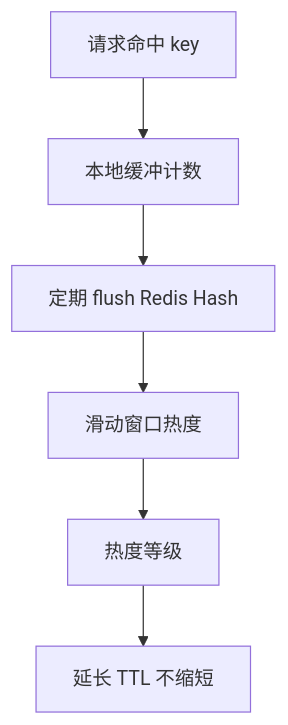
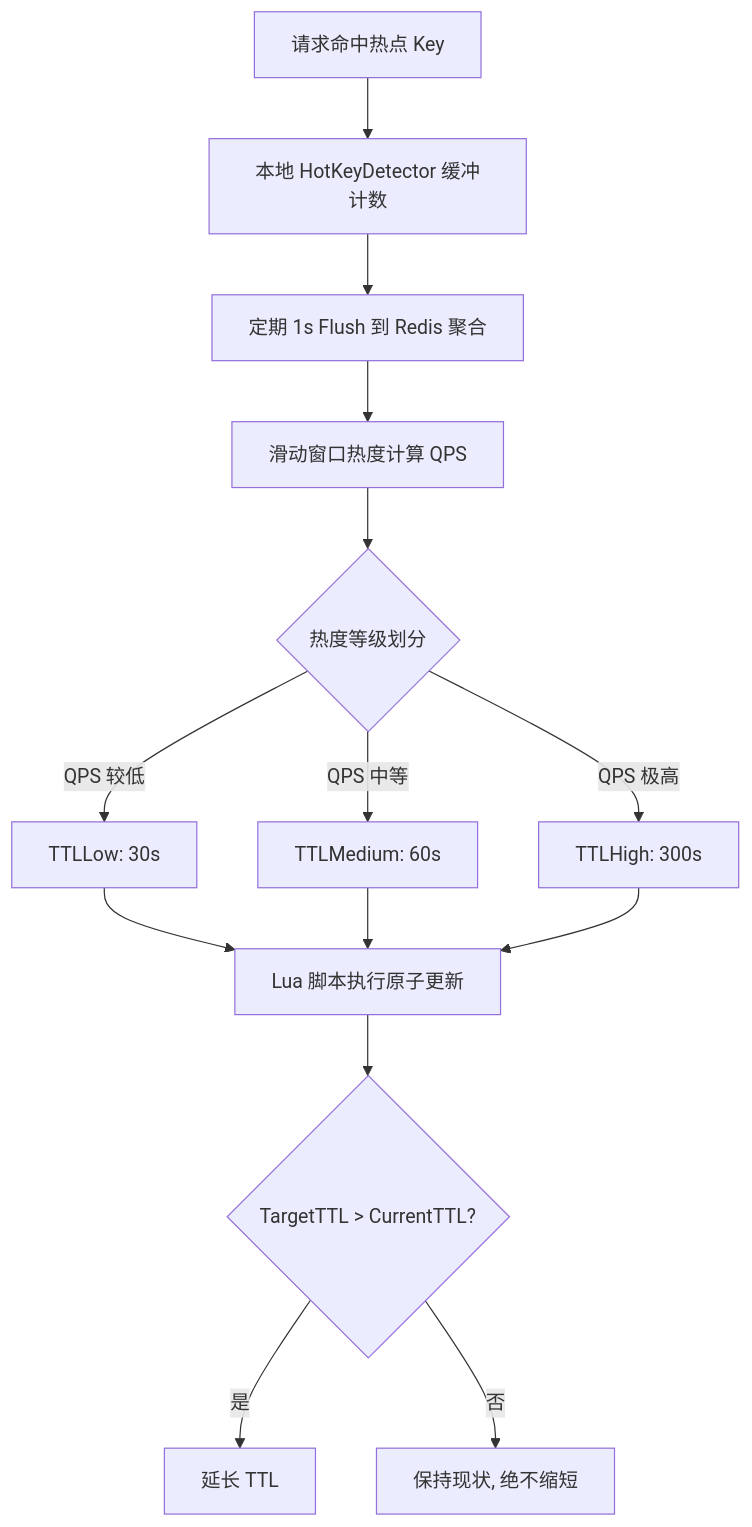
Before and after one commit to bitladykiller/zhiguang_go: the third of 13 diagrams in docs/modules/09-热点缓存与多级缓存策略.md, drawn with Mermaid. The commit also changed other lines of this file and 5 other files, not shown here.

````diff
--- a/docs/modules/09-热点缓存与多级缓存策略.md
+++ b/docs/modules/09-热点缓存与多级缓存策略.md
@@ -84,8 +77,14 @@
 ```mermaid
 flowchart TD
-    A[请求命中 key] --> B[本地缓冲计数]
-    B --> C[定期 flush Redis Hash]
-    C --> D[滑动窗口热度]
-    D --> E[热度等级]
-    E --> F[延长 TTL 不缩短]
+    A[请求命中热点 Key] --> B[本地 HotKeyDetector 缓冲计数]
+    B --> C[定期 1s Flush 到 Redis 聚合]
+    C --> D[滑动窗口热度计算 QPS]
+    D --> E{热度等级划分}
+    E -->|QPS 较低| E1[TTLLow: 30s]
+    E -->|QPS 中等| E2[TTLMedium: 60s]
+    E -->|QPS 极高| E3[TTLHigh: 300s]
+    E1 & E2 & E3 --> F[Lua 脚本执行原子更新]
+    F --> G{TargetTTL > CurrentTTL?}
+    G -->|是| H[延长 TTL]
+    G -->|否| I[保持现状, 绝不缩短]
 ```
````
